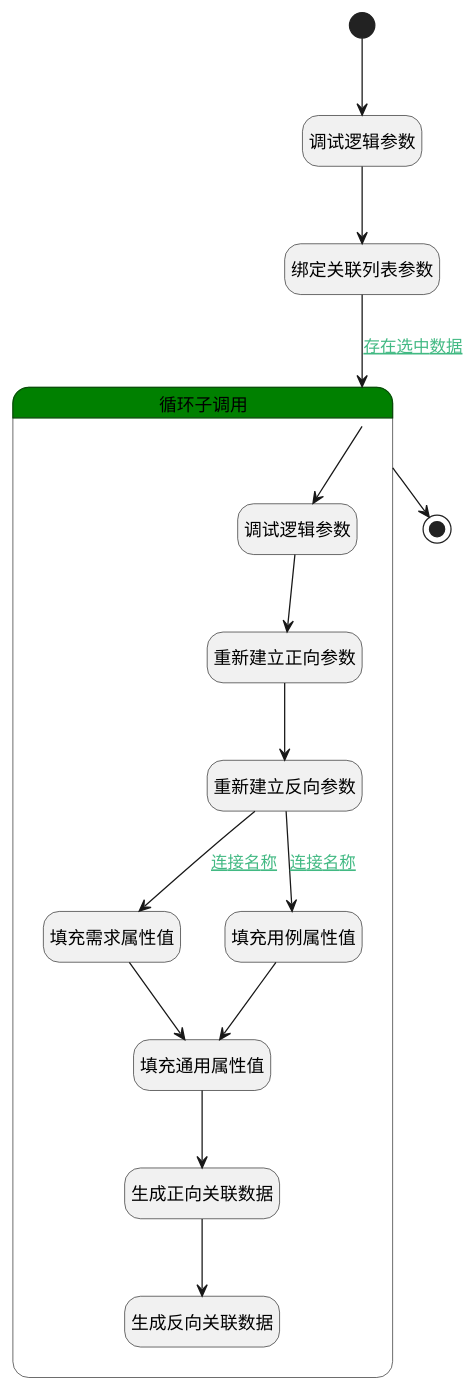
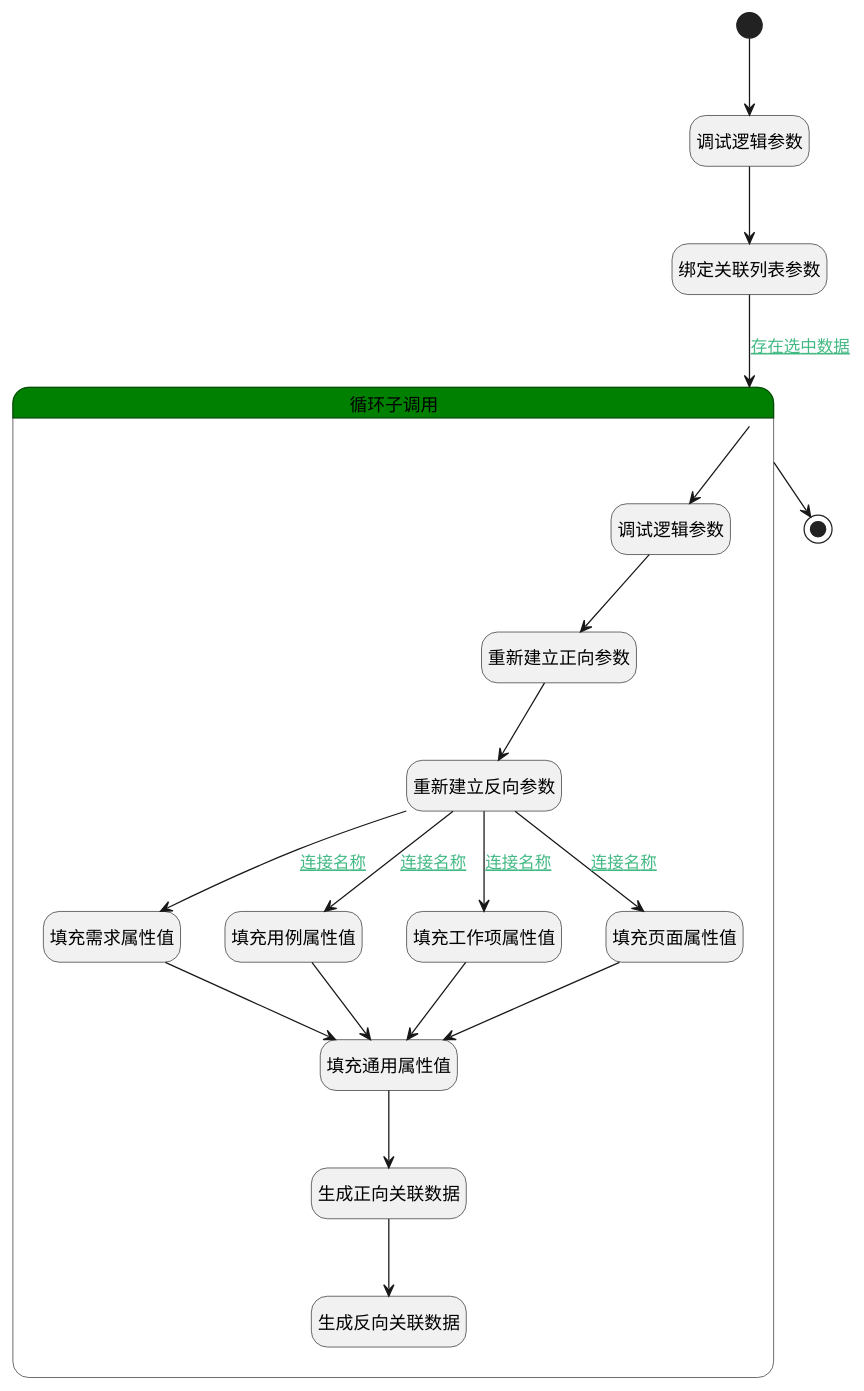
Before and after one commit to iBizLab/plm: the diagram in doc/docsify/module/TestMgmt/review/logic/add_review_content.md, drawn with PlantUML. The commit also changed other lines of this file and 686 other files, not shown here.

````diff
--- a/doc/docsify/module/TestMgmt/review/logic/add_review_content.md
+++ b/doc/docsify/module/TestMgmt/review/logic/add_review_content.md
@@ -7,43 +7,49 @@
 ```plantuml
 @startuml
 hide empty description
 <style>
 root {
   HyperlinkColor #42b983
 }
 </style>
 
 hide empty description
 state "开始" as Begin <<start>> [[$./add_review_content#begin {"开始"}]]
 state "调试逻辑参数" as DEBUGPARAM2  [[$./add_review_content#debugparam2 {"调试逻辑参数"}]]
 state "绑定关联列表参数" as BINDPARAM1  [[$./add_review_content#bindparam1 {"绑定关联列表参数"}]]
 state "结束" as END1 <<end>> [[$./add_review_content#end1 {"结束"}]]
 state "循环子调用" as LOOPSUBCALL1  [[$./add_review_content#loopsubcall1 {"循环子调用"}]] #green {
 state "调试逻辑参数" as DEBUGPARAM1  [[$./add_review_content#debugparam1 {"调试逻辑参数"}]]
 state "重新建立正向参数" as RENEWPARAM1  [[$./add_review_content#renewparam1 {"重新建立正向参数"}]]
 state "重新建立反向参数" as RENEWPARAM2  [[$./add_review_content#renewparam2 {"重新建立反向参数"}]]
 state "填充需求属性值" as PREPAREPARAM2  [[$./add_review_content#prepareparam2 {"填充需求属性值"}]]
 state "填充用例属性值" as PREPAREPARAM3  [[$./add_review_content#prepareparam3 {"填充用例属性值"}]]
+state "填充工作项属性值" as PREPAREPARAM4  [[$./add_review_content#prepareparam4 {"填充工作项属性值"}]]
+state "填充页面属性值" as PREPAREPARAM5  [[$./add_review_content#prepareparam5 {"填充页面属性值"}]]
 state "填充通用属性值" as PREPAREPARAM1  [[$./add_review_content#prepareparam1 {"填充通用属性值"}]]
 state "生成正向关联数据" as DEACTION1  [[$./add_review_content#deaction1 {"生成正向关联数据"}]]
 state "生成反向关联数据" as DEACTION2  [[$./add_review_content#deaction2 {"生成反向关联数据"}]]
 }
 
 
 Begin --> DEBUGPARAM2
 DEBUGPARAM2 --> BINDPARAM1
 BINDPARAM1 --> LOOPSUBCALL1 : [[$./add_review_content#bindparam1-loopsubcall1{存在选中数据} 存在选中数据]]
 LOOPSUBCALL1 --> DEBUGPARAM1
 DEBUGPARAM1 --> RENEWPARAM1
 RENEWPARAM1 --> RENEWPARAM2
 RENEWPARAM2 --> PREPAREPARAM2 : [[$./add_review_content#renewparam2-prepareparam2{连接名称} 连接名称]]
 PREPAREPARAM2 --> PREPAREPARAM1
 PREPAREPARAM1 --> DEACTION1
 DEACTION1 --> DEACTION2
 RENEWPARAM2 --> PREPAREPARAM3 : [[$./add_review_content#renewparam2-prepareparam3{连接名称} 连接名称]]
 PREPAREPARAM3 --> PREPAREPARAM1
+RENEWPARAM2 --> PREPAREPARAM4 : [[$./add_review_content#renewparam2-prepareparam4{连接名称} 连接名称]]
+PREPAREPARAM4 --> PREPAREPARAM1
+RENEWPARAM2 --> PREPAREPARAM5 : [[$./add_review_content#renewparam2-prepareparam5{连接名称} 连接名称]]
+PREPAREPARAM5 --> PREPAREPARAM1
 LOOPSUBCALL1 --> END1
 
 
 @enduml
 ```
````
